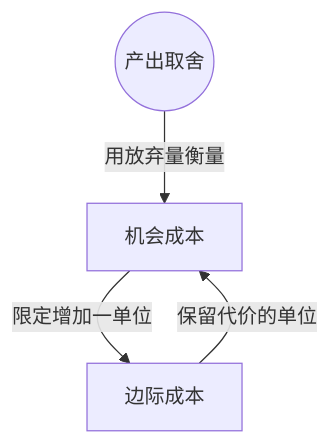
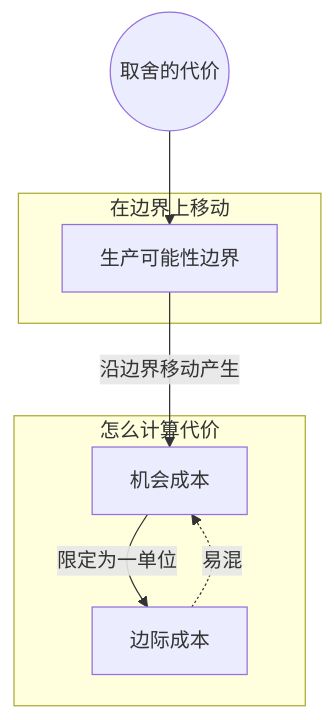
One commit to lucky-Luor/bilibili-douyin-notes changed the diagram in examples/可汗微观经济学-前15集/notes/002-第2讲 机会成本.md. Above: the diagram before and after it, drawn with Mermaid. The commit also changed other lines of this file and 18 other files, not shown here.

````diff
--- a/examples/可汗微观经济学-前15集/notes/002-第2讲 机会成本.md
+++ b/examples/可汗微观经济学-前15集/notes/002-第2讲 机会成本.md
@@ -36,6 +61,15 @@
 ```mermaid
 graph TD
-  R((产出取舍)) -->|用放弃量衡量| A[机会成本]
-  A -->|限定增加一单位| B[边际成本]
-  B -->|保留代价的单位| A
+  R((取舍的代价))
+  subgraph 在边界上移动
+    P[生产可能性边界]
+  end
+  subgraph 怎么计算代价
+    O[机会成本]
+    M[边际成本]
+  end
+  R --> P
+  P -->|沿边界移动产生| O
+  O -->|限定为一单位| M
+  M -.->|易混| O
 ```
````
